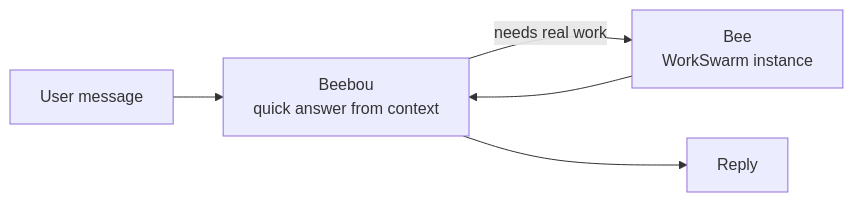
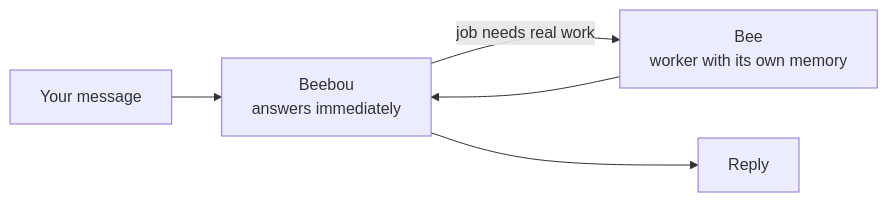
One commit to michaelatamuk/agentic-desk changed the third of 3 diagrams in company/digitalmate/whats-new/whats-new-2026-11.md. Above: the diagram before and after it, drawn with Mermaid. The commit also changed other lines of this file and 6 other files, not shown here.

````diff
--- a/company/digitalmate/whats-new/whats-new-2026-11.md
+++ b/company/digitalmate/whats-new/whats-new-2026-11.md
@@ -107,7 +156,7 @@
 ```mermaid
 flowchart LR
-    U[User message] --> B[Beebou<br/>quick answer from context]
-    B -->|needs real work| E[Bee<br/>WorkSwarm instance]
+    U[Your message] --> B[Beebou<br/>answers immediately]
+    B -->|job needs real work| E[Bee<br/>worker with its own memory]
     E --> B
     B --> R[Reply]
 ```
````
